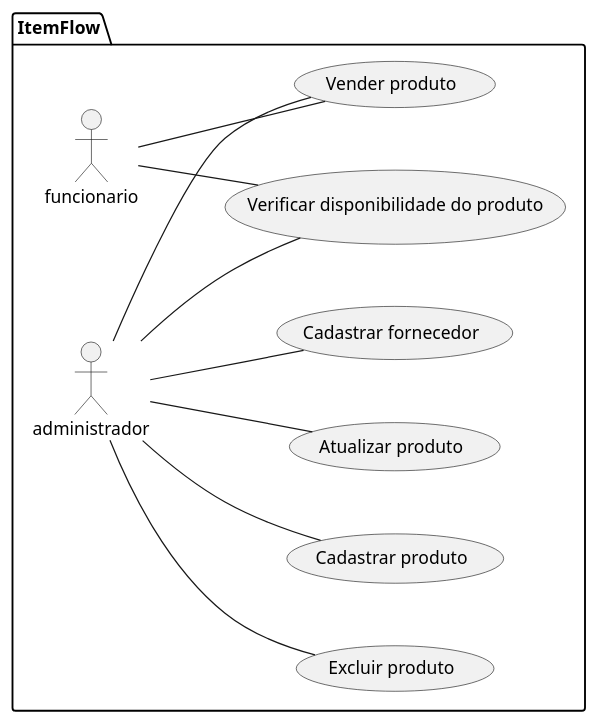
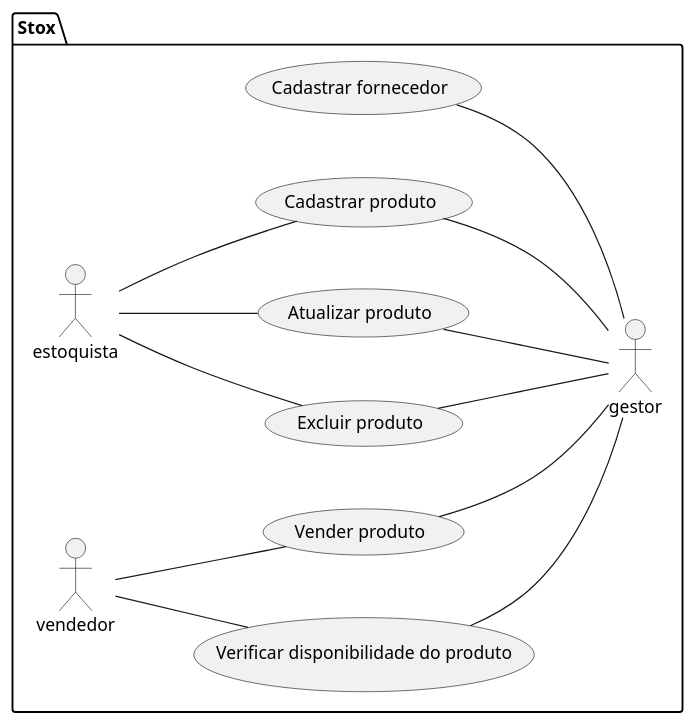
The diagram in src/main/resources/diagramas/use-case.puml (lauralves/sistema-stox-spring-boot-angular), drawn with PlantUML before and after one commit.

Commit message:
refactor: ajustes no usecase diagram

```diff
--- a/src/main/resources/diagramas/use-case.puml
+++ b/src/main/resources/diagramas/use-case.puml
@@ -1,29 +1,33 @@
 @startuml
 
 skinparam defaultFontName Droid Sans
 skinparam nodesep 50
 left to right direction
 
-package ItemFlow {
+package Stox {
 
-actor funcionario as funcionario
-actor administrador as admin
+actor estoquista as estoquista
+actor gestor as admin
+actor vendedor as vendedor
 
 usecase "Cadastrar produto" as cadastrarProduto
 usecase "Atualizar produto" as atualizarProduto
 usecase "Excluir produto" as excluirProduto
 usecase "Verificar disponibilidade do produto" as verificarProduto
 usecase "Vender produto" as vendaProduto
 usecase "Cadastrar fornecedor" as fornecedor
 
-"admin" -- fornecedor
-"admin" -- cadastrarProduto
-"admin" -- atualizarProduto
-"admin" -- excluirProduto
-"admin" -- verificarProduto
-"admin" -- vendaProduto
-funcionario -- verificarProduto
-funcionario -- vendaProduto
+"admin" -u- fornecedor
+"admin" -u- cadastrarProduto
+"admin" -u- atualizarProduto
+"admin" -u- excluirProduto
+"admin" -u- vendaProduto
+"admin" -u- verificarProduto
+"estoquista" -- cadastrarProduto
+"estoquista" -- atualizarProduto
+"estoquista" -- excluirProduto
+vendedor -- verificarProduto
+vendedor -- vendaProduto
 
 
 @enduml
```
